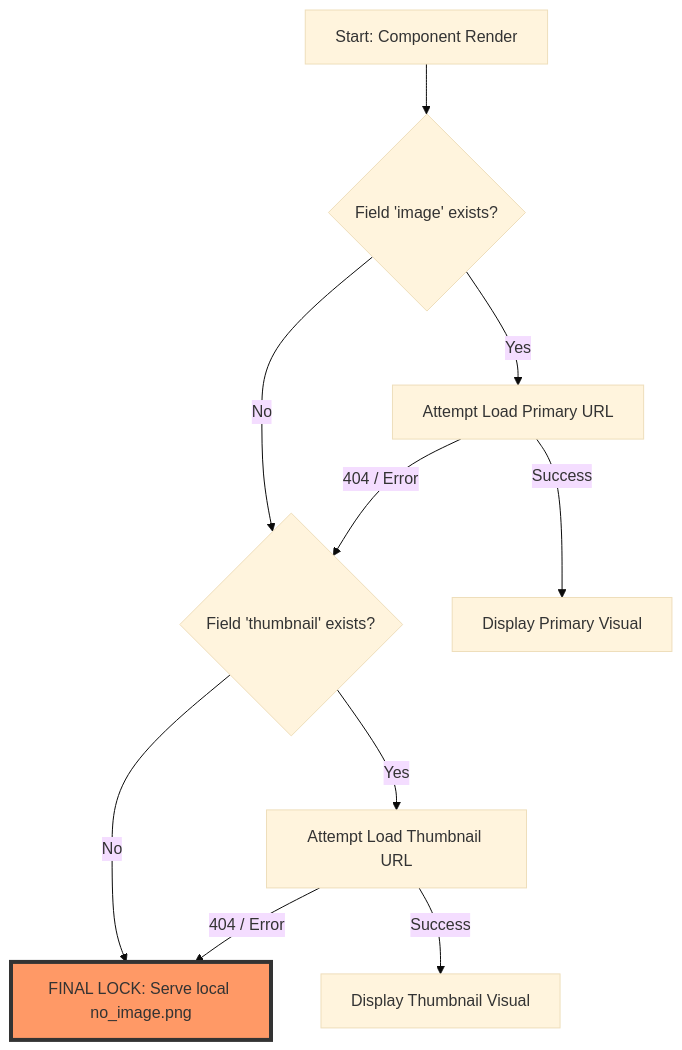
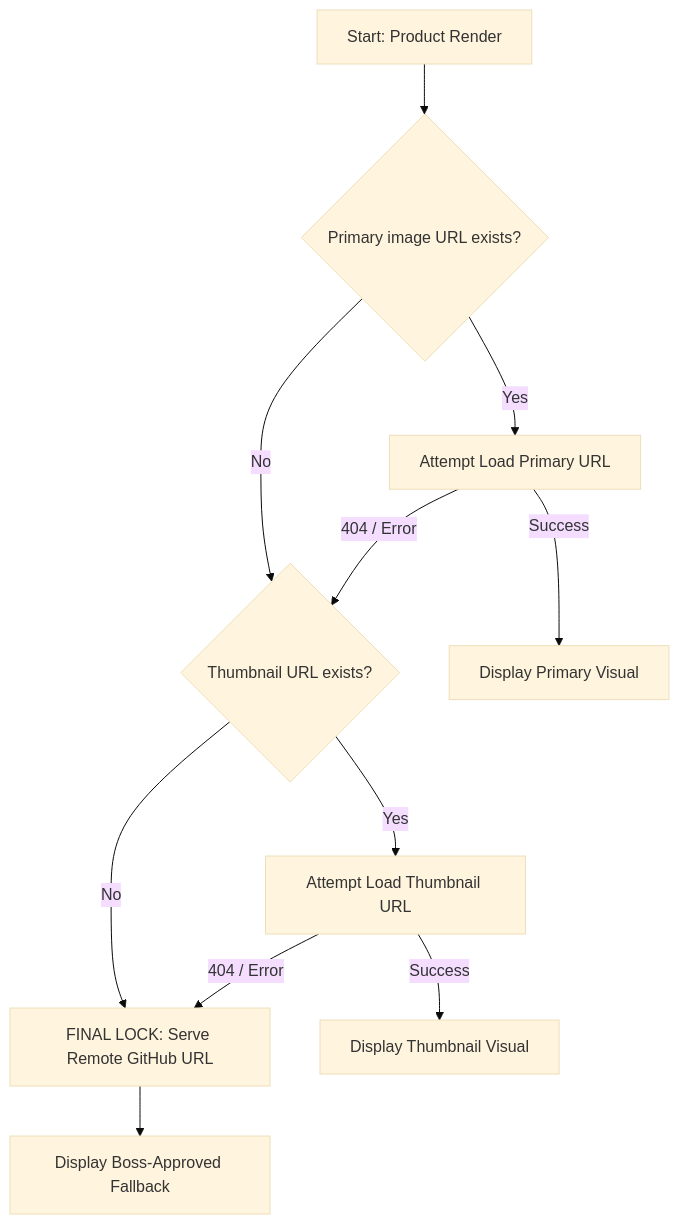
Before and after one commit to joshuatochinwachi/HollowScan-Mobile-App: the diagram in PRODUCT_IMAGE_ARCHITECTURE.md, drawn with Mermaid (base theme). The commit also changed other lines of this file and 5 other files, not shown here.

````diff
--- a/PRODUCT_IMAGE_ARCHITECTURE.md
+++ b/PRODUCT_IMAGE_ARCHITECTURE.md
@@ -11,17 +8,17 @@
 ```mermaid
 graph TD
-    A[Start: Component Render] --> B{Field 'image' exists?}
+    A[Start: Product Render] --> B{Primary image URL exists?}
     B -- Yes --> C[Attempt Load Primary URL]
-    B -- No --> D{Field 'thumbnail' exists?}
+    B -- No --> D{Thumbnail URL exists?}
     
     C -- 404 / Error --> D
     C -- Success --> E[Display Primary Visual]
     
     D -- Yes --> F[Attempt Load Thumbnail URL]
-    D -- No --> G[FINAL LOCK: Serve local no_image.png]
+    D -- No --> G[FINAL LOCK: Serve Remote GitHub URL]
     
     F -- 404 / Error --> G
     F -- Success --> H[Display Thumbnail Visual]
     
-    style G fill:#f96,stroke:#333,stroke-width:4px
+    G --> I[Display Boss-Approved Fallback]
 ```
````
